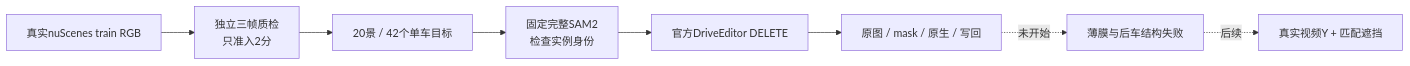
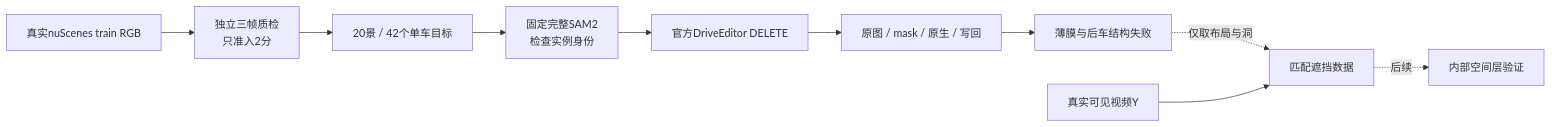
Before and after one commit to yunlongdeng123/Motion-Proj: the diagram in docs/v77/REAL_DELETE_STRUCTURE_R50.md, drawn with Mermaid. The commit also changed other lines of this file and 13 other files, not shown here.

````diff
--- a/docs/v77/REAL_DELETE_STRUCTURE_R50.md
+++ b/docs/v77/REAL_DELETE_STRUCTURE_R50.md
@@ -5,10 +5,12 @@
 ```mermaid
 flowchart LR
  X[真实nuScenes train RGB] --> Q[独立三帧质检\n只准入2分]
  Q --> C[20景 / 42个单车目标]
  C --> M[固定完整SAM2\n检查实例身份]
  M --> D[官方DriveEditor DELETE]
  D --> V[原图 / mask / 原生 / 写回]
- V -. 未开始 .-> F[薄膜与后车结构失败]
- F -. 后续 .-> Y[真实视频Y + 匹配遮挡]
+ V --> F[薄膜与后车结构失败]
+ F -. 仅取布局与洞 .-> Y[匹配遮挡数据]
+ R[真实可见视频Y] --> Y
+ Y -. 后续 .-> S[内部空间层验证]
 ```
````
